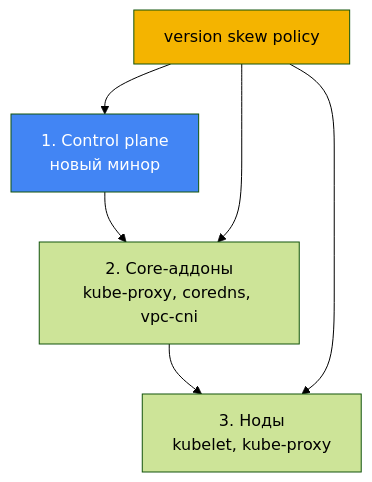
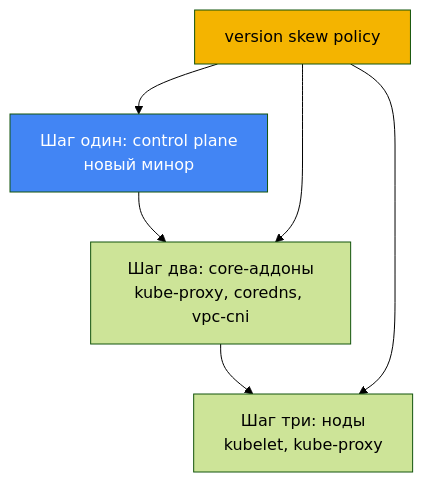
Before and after one commit to ViktorUJ/cks: the second of 2 diagrams in tasks/eks/course/37/ru.md, drawn with Mermaid (forest theme). The commit also changed other lines of this file and 52 other files, not shown here.

````diff
--- a/tasks/eks/course/37/ru.md
+++ b/tasks/eks/course/37/ru.md
@@ -222,14 +222,14 @@
 ```mermaid
 flowchart TB
-    cp["1. Control plane<br>новый минор"]
-    add["2. Core-аддоны<br>kube-proxy, coredns, vpc-cni"]
-    node["3. Ноды<br>kubelet, kube-proxy"]
+    cp["Шаг один: control plane<br/>новый минор"]
+    add["Шаг два: core-аддоны<br/>kube-proxy, coredns, vpc-cni"]
+    node["Шаг три: ноды<br/>kubelet, kube-proxy"]
     skew["version skew policy"]
     cp --> add
     add --> node
     skew --> cp
     skew --> add
     skew --> node
     style cp fill:#4285f4,color:#fff
     style skew fill:#f4b400,color:#000
 ```
````
